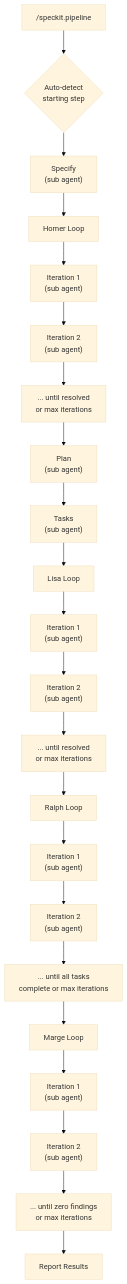
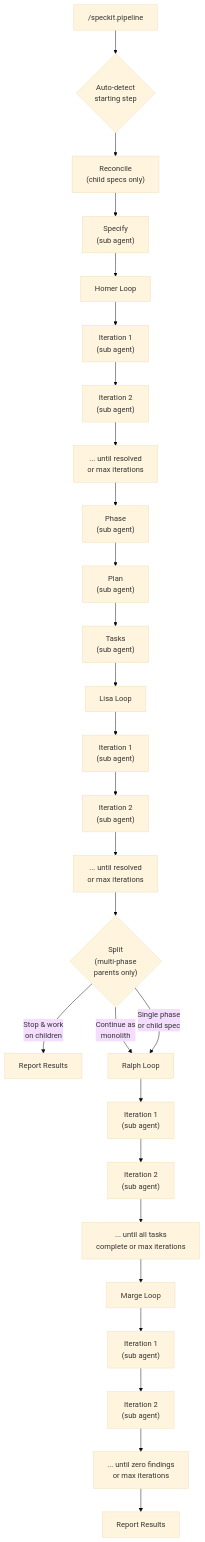
Before and after one commit to jnhuynh/spec-kit-simpsons-loops: the first of 2 diagrams in README.md, drawn with Mermaid (base theme). The commit also changed other lines of this file and 27 other files, not shown here.

First line of the commit message:
feat: phase-aware specify and splitting skill (#13)

````diff
--- a/README.md
+++ b/README.md
@@ -33,24 +33,29 @@
 ```mermaid
 flowchart TD
     A["/speckit.pipeline"] --> B{Auto-detect\nstarting step}
-    B --> C["Specify\n(sub agent)"]
+    B --> R["Reconcile\n(child specs only)"]
+    R --> C["Specify\n(sub agent)"]
     C --> D["Homer Loop"]
     D --> D1["Iteration 1\n(sub agent)"]
     D1 --> D2["Iteration 2\n(sub agent)"]
     D2 --> D3["... until resolved\nor max iterations"]
-    D3 --> E["Plan\n(sub agent)"]
+    D3 --> P["Phase\n(sub agent)"]
+    P --> E["Plan\n(sub agent)"]
     E --> F["Tasks\n(sub agent)"]
     F --> G["Lisa Loop"]
     G --> G1["Iteration 1\n(sub agent)"]
     G1 --> G2["Iteration 2\n(sub agent)"]
     G2 --> G3["... until resolved\nor max iterations"]
-    G3 --> H["Ralph Loop"]
+    G3 --> S{"Split\n(multi-phase\nparents only)"}
+    S -->|"Stop & work\non children"| I2["Report Results"]
+    S -->|"Continue as\nmonolith"| H["Ralph Loop"]
+    S -->|"Single phase\nor child spec"| H
     H --> H1["Iteration 1\n(sub agent)"]
     H1 --> H2["Iteration 2\n(sub agent)"]
     H2 --> H3["... until all tasks\ncomplete or max iterations"]
     H3 --> M["Marge Loop"]
     M --> M1["Iteration 1\n(sub agent)"]
     M1 --> M2["Iteration 2\n(sub agent)"]
     M2 --> M3["... until zero findings\nor max iterations"]
     M3 --> I["Report Results"]
 ```
````
